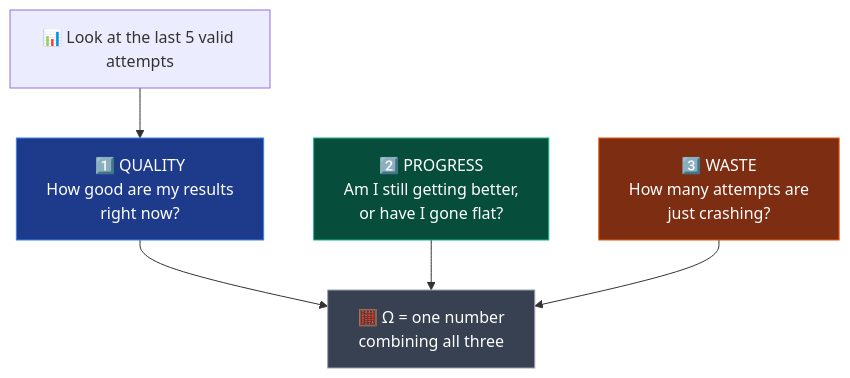
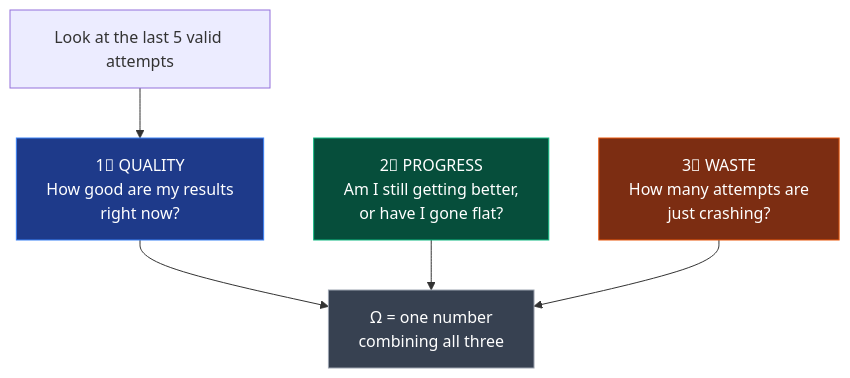
The first of 2 diagrams in book/05-fixing-it-with-math.md (m4vic/Autopilot-zero-to-hero), drawn with Mermaid before and after one commit. The commit also changed other lines of this file and 15 other files, not shown here.

````diff
--- a/book/05-fixing-it-with-math.md
+++ b/book/05-fixing-it-with-math.md
@@ -38,13 +38,13 @@
 ```mermaid
-flowchart TB
-    W["📊 Look at the last 5 valid attempts"] --> Q1
-    Q1["1️⃣ QUALITY<br/>How good are my results<br/>right now?"] --> OMEGA
-    Q2["2️⃣ PROGRESS<br/>Am I still getting better,<br/>or have I gone flat?"] --> OMEGA
-    Q3["3️⃣ WASTE<br/>How many attempts are<br/>just crashing?"] --> OMEGA
-    OMEGA["🧮 Ω = one number<br/>combining all three"]
+    flowchart TB
+    W["Look at the last 5 valid attempts"] --> Q1
+    Q1["1⃣ QUALITY<br/>How good are my results<br/>right now?"] --> OMEGA
+    Q2["2⃣ PROGRESS<br/>Am I still getting better,<br/>or have I gone flat?"] --> OMEGA
+    Q3["3⃣ WASTE<br/>How many attempts are<br/>just crashing?"] --> OMEGA
+    OMEGA["Ω = one number<br/>combining all three"]
 
     style Q1 fill:#1e3a8a,stroke:#3b82f6,color:#fff
     style Q2 fill:#064e3b,stroke:#10b981,color:#fff
     style Q3 fill:#7c2d12,stroke:#ea580c,color:#fff
     style OMEGA fill:#374151,stroke:#9ca3af,color:#fff
 ```
````
